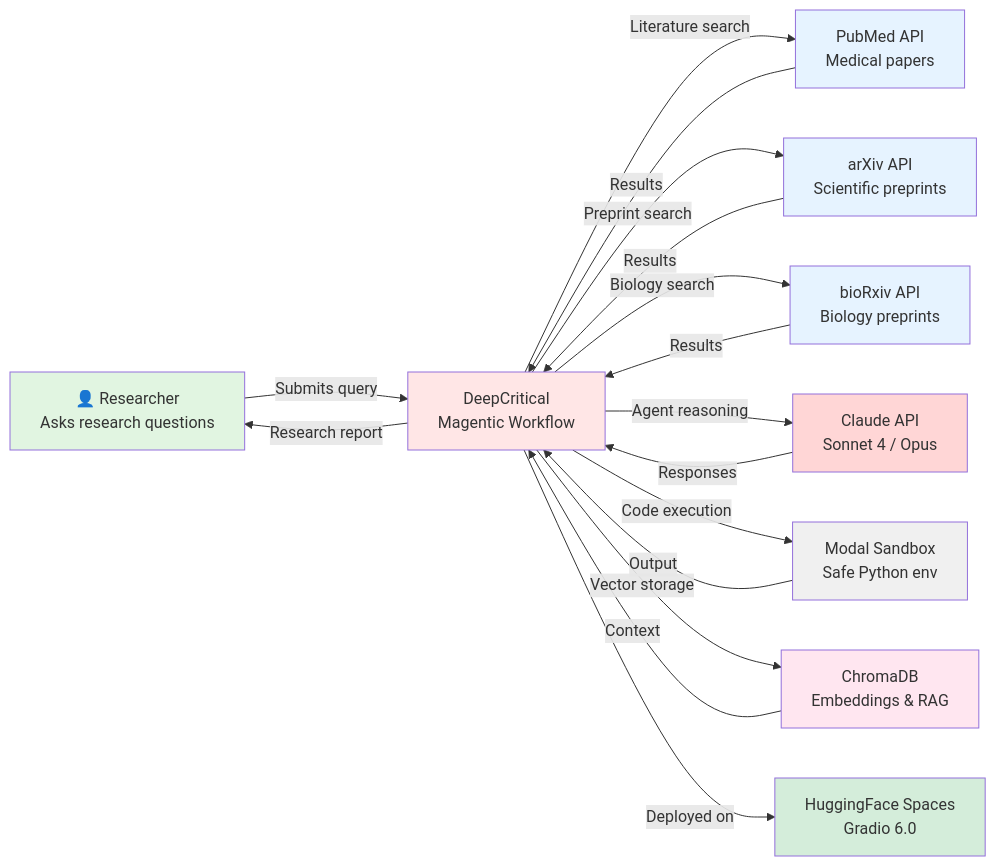
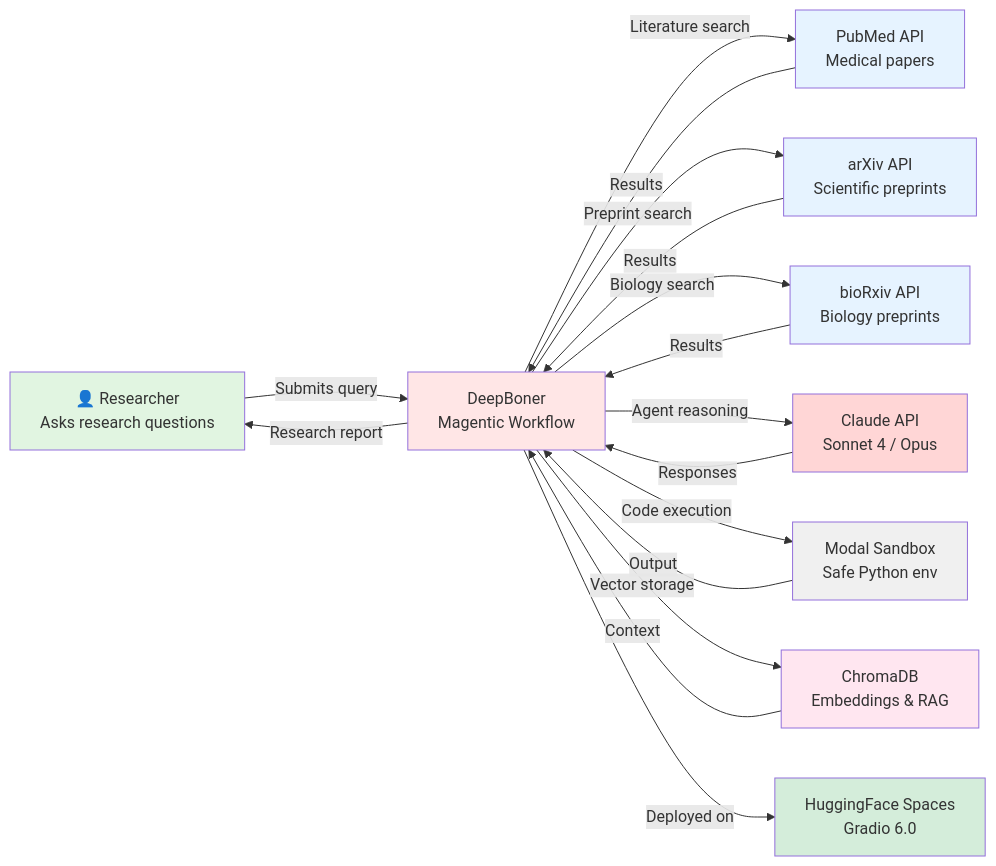
Before and after one commit to The-Obstacle-Is-The-Way/DeepCritical-HFSpace: diagram 14 of 15 in docs/workflow-diagrams.md, drawn with Mermaid. The commit also changed other lines of this file and 53 other files, not shown here.

First line of the commit message:
fix: complete DeepBoner rebrand with test fixes and CodeRabbit feedback

````diff
--- a/docs/workflow-diagrams.md
+++ b/docs/workflow-diagrams.md
@@ -515,32 +515,32 @@
 ```mermaid
 graph LR
-    User[👤 Researcher<br/>Asks research questions] -->|Submits query| DC[DeepCritical<br/>Magentic Workflow]
+    User[👤 Researcher<br/>Asks research questions] -->|Submits query| DC[DeepBoner<br/>Magentic Workflow]
 
     DC -->|Literature search| PubMed[PubMed API<br/>Medical papers]
     DC -->|Preprint search| ArXiv[arXiv API<br/>Scientific preprints]
     DC -->|Biology search| BioRxiv[bioRxiv API<br/>Biology preprints]
     DC -->|Agent reasoning| Claude[Claude API<br/>Sonnet 4 / Opus]
     DC -->|Code execution| Modal[Modal Sandbox<br/>Safe Python env]
     DC -->|Vector storage| Chroma[ChromaDB<br/>Embeddings & RAG]
 
     DC -->|Deployed on| HF[HuggingFace Spaces<br/>Gradio 6.0]
 
     PubMed -->|Results| DC
     ArXiv -->|Results| DC
     BioRxiv -->|Results| DC
     Claude -->|Responses| DC
     Modal -->|Output| DC
     Chroma -->|Context| DC
 
     DC -->|Research report| User
 
     style User fill:#e1f5e1
     style DC fill:#ffe6e6
     style PubMed fill:#e6f3ff
     style ArXiv fill:#e6f3ff
     style BioRxiv fill:#e6f3ff
     style Claude fill:#ffd6d6
     style Modal fill:#f0f0f0
     style Chroma fill:#ffe6f0
     style HF fill:#d4edda
 ```
````
